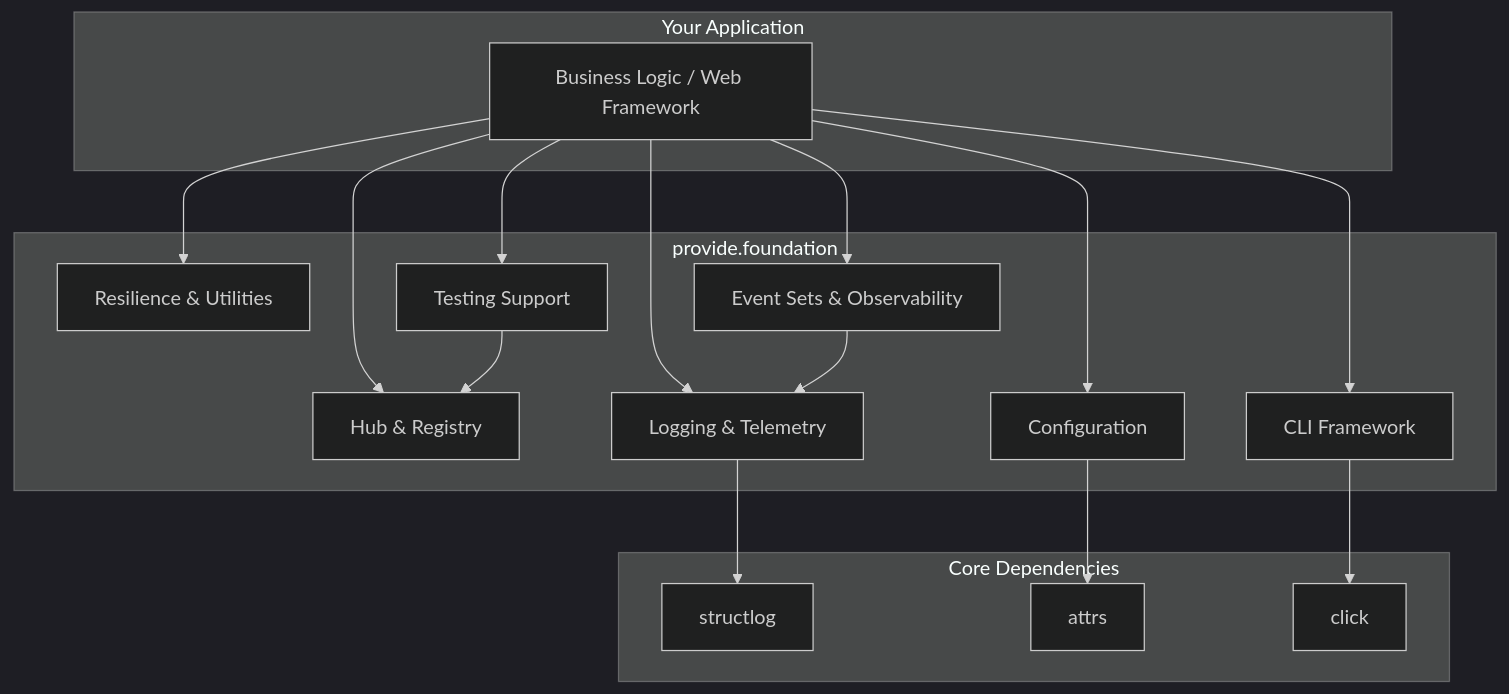
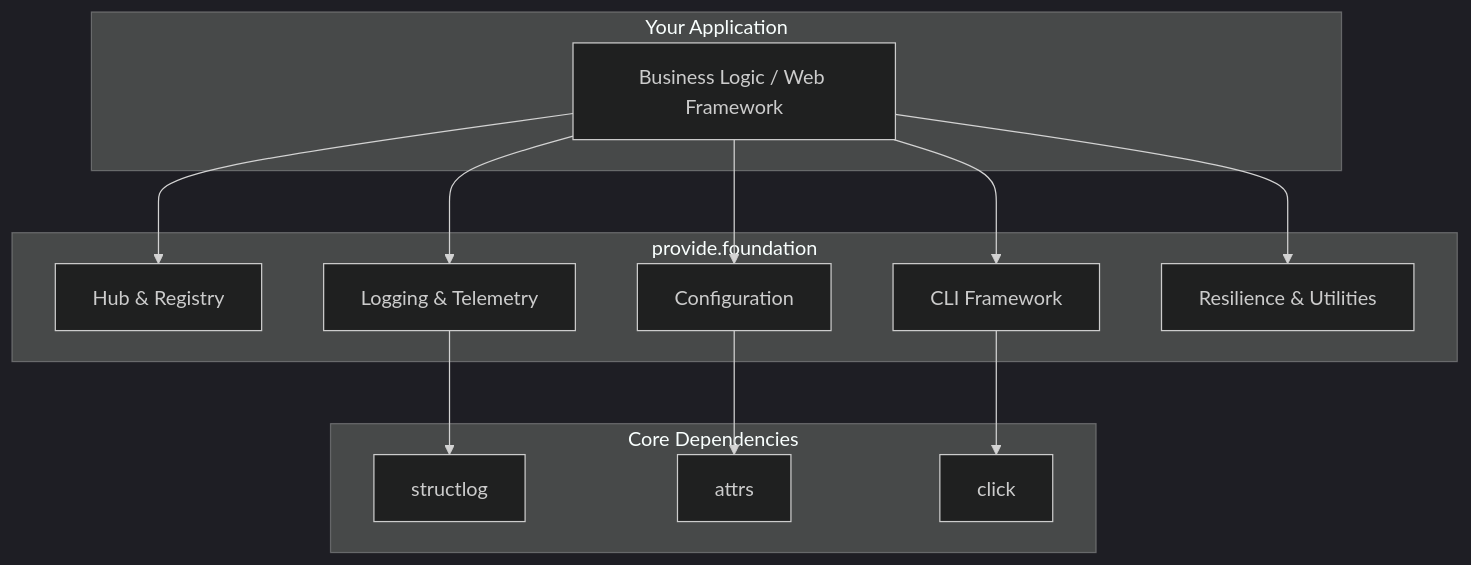
Before and after one commit to provide-io/provide-foundation: the diagram in docs/explanation/architecture.md, drawn with Mermaid (dark theme). The commit also changed other lines of this file and 59 other files, not shown here.

````diff
--- a/docs/explanation/architecture.md
+++ b/docs/explanation/architecture.md
@@ -5,29 +5,25 @@
 ```mermaid
 graph TD
     subgraph "Your Application"
         A[Business Logic / Web Framework]
     end
 
     subgraph "provide.foundation"
         B[Hub & Registry]
         C[Logging & Telemetry]
         D[Configuration]
         E[CLI Framework]
         F[Resilience & Utilities]
-        G[Event Sets & Observability]
-        H[Testing Support]
     end
 
     subgraph "Core Dependencies"
-        I[structlog]
-        J[attrs]
-        K[click]
+        G[structlog]
+        H[attrs]
+        I[click]
     end
 
-    A --> B & C & D & E & F & G & H
-    C --> I
-    D --> J
-    E --> K
-    G --> C
-    H --> B
+    A --> B & C & D & E & F
+    C --> G
+    D --> H
+    E --> I
 ```
````
